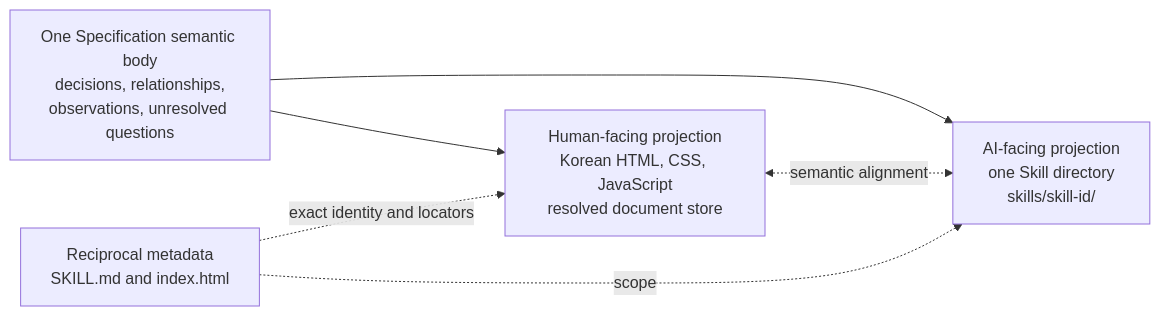
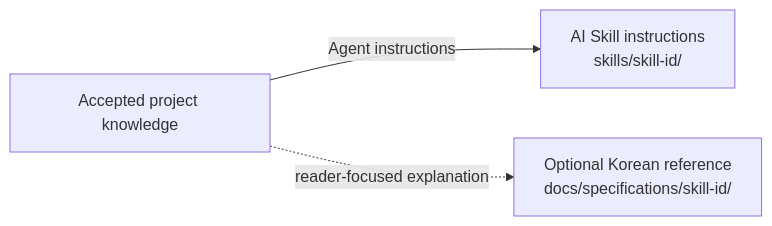
One commit to KoreanLeeChangHyun/agent-factory-codex-plugin changed the fourth of 9 diagrams in skills/convention/references/diagrams.md. Above: the diagram before and after it, drawn with Mermaid. The commit also changed other lines of this file and 89 other files, not shown here.

````diff
--- a/skills/convention/references/diagrams.md
+++ b/skills/convention/references/diagrams.md
@@ -104,14 +104,10 @@
 ```mermaid
 flowchart LR
-    accTitle: Specification pair semantic alignment
-    accDescr: One Skill directory and one Human-centered Korean Specification directory share reciprocal identity and locators while remaining semantically aligned.
-    HumanView[Human-facing projection<br/>Korean HTML, CSS, JavaScript<br/>resolved document store]
-    Core[One Specification semantic body<br/>decisions, relationships,<br/>observations, unresolved questions]
-    AIView[AI-facing projection<br/>one Skill directory<br/>skills/skill-id/]
-    Binding[Reciprocal metadata<br/>SKILL.md and index.html]
-    Core --> HumanView
-    Core --> AIView
-    HumanView <-. semantic alignment .-> AIView
-    Binding -. exact identity and locators .-> HumanView
-    Binding -. scope .-> AIView
+    accTitle: Independent Skill and reference maintenance
+    accDescr: Accepted project knowledge informs AI instructions and optional Human references; each is maintained for its reader.
+    Knowledge[Accepted project knowledge]
+    AI[AI Skill instructions<br/>skills/skill-id/]
+    Human[Optional Korean reference<br/>docs/specifications/skill-id/]
+    Knowledge -->|Agent instructions| AI
+    Knowledge -. reader-focused explanation .-> Human
 ```
````
